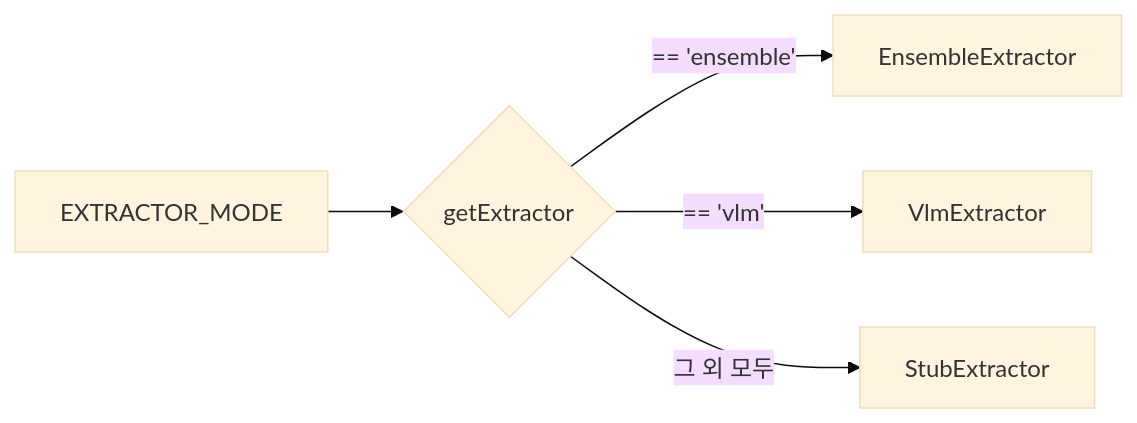
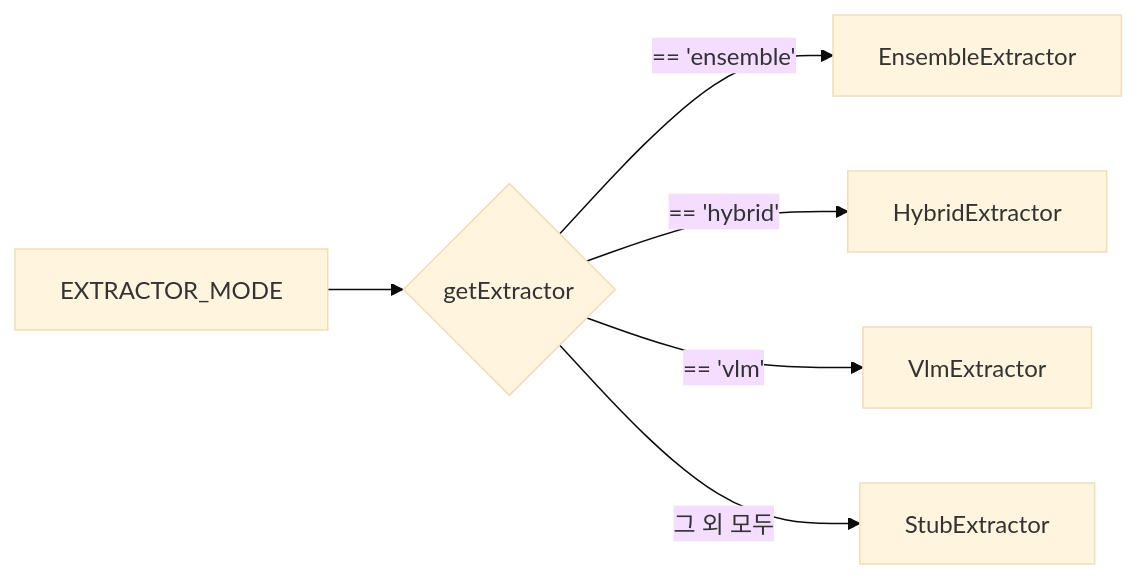
Before and after one commit to mooner92/MineSweeper: the first of 2 diagrams in docs/extractors.md, drawn with Mermaid (base theme). The commit also changed other lines of this file and 10 other files, not shown here.

````diff
--- a/docs/extractors.md
+++ b/docs/extractors.md
@@ -120,7 +124,8 @@
 ```mermaid
 flowchart LR
   ENV["EXTRACTOR_MODE"] --> F{getExtractor}
   F -- "== 'ensemble'" --> E[EnsembleExtractor]
+  F -- "== 'hybrid'" --> H[HybridExtractor]
   F -- "== 'vlm'" --> V[VlmExtractor]
   F -- "그 외 모두" --> S[StubExtractor]
 ```
````
